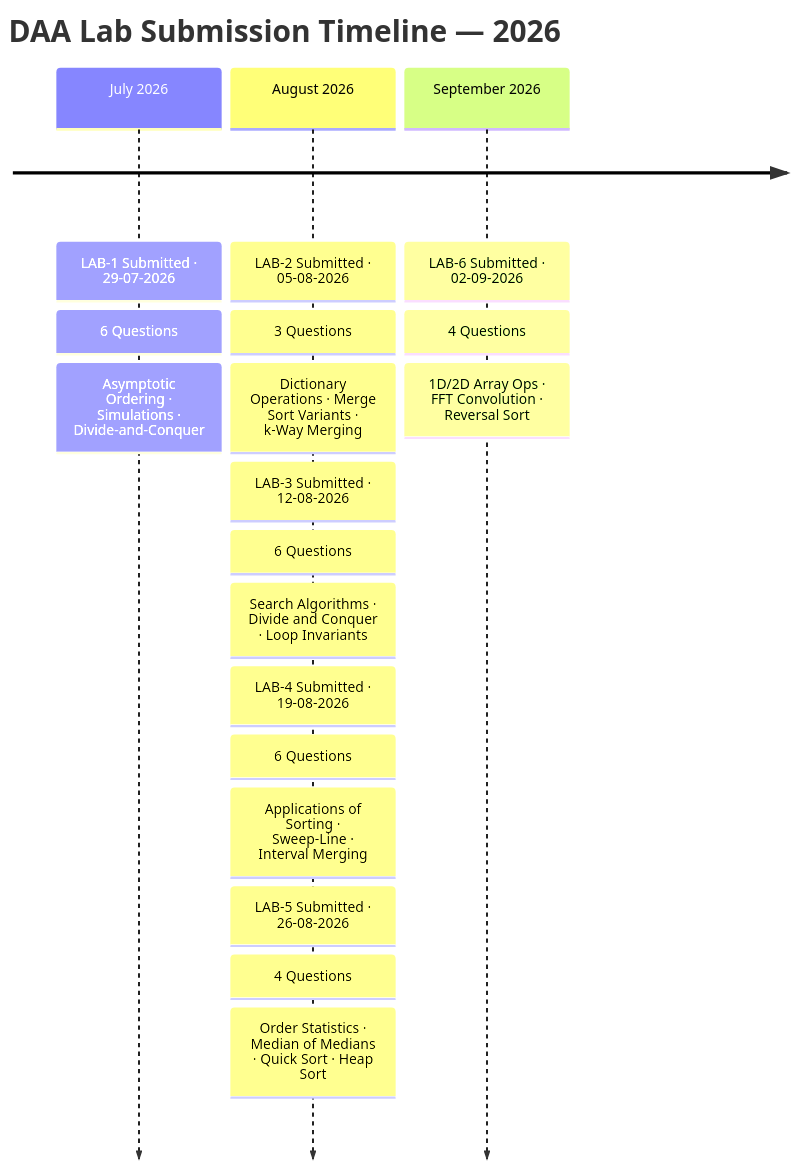
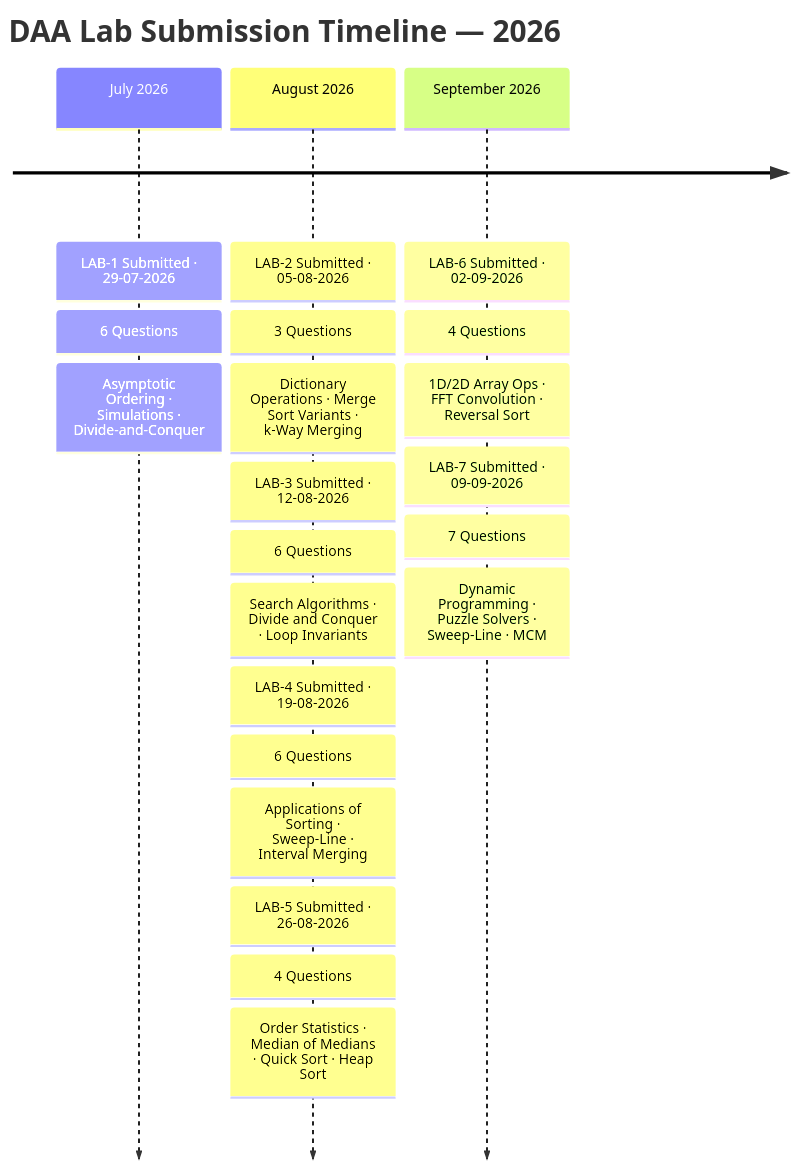
Before and after one commit to Asit-Kumar-Mohapatra/Design-and-Analysis-of-Algorithm-DAA-Assignments-2026: the first of 12 diagrams in README.md, drawn with Mermaid. The commit also changed other lines of this file, not shown here.

````diff
--- a/README.md
+++ b/README.md
@@ -107,22 +115,25 @@
 ```mermaid
 timeline
     title  DAA Lab Submission Timeline — 2026
     July 2026   : LAB-1 Submitted  ·  29-07-2026
                 : 6 Questions
                 : Asymptotic Ordering · Simulations · Divide-and-Conquer
     August 2026 : LAB-2 Submitted  ·  05-08-2026
                 : 3 Questions
                 : Dictionary Operations · Merge Sort Variants · k-Way Merging
                 : LAB-3 Submitted  ·  12-08-2026
                 : 6 Questions
                 : Search Algorithms · Divide and Conquer · Loop Invariants
                 : LAB-4 Submitted  ·  19-08-2026
                 : 6 Questions
                 : Applications of Sorting · Sweep-Line · Interval Merging
                 : LAB-5 Submitted  ·  26-08-2026
                 : 4 Questions
                 : Order Statistics · Median of Medians · Quick Sort · Heap Sort
     September 2026 : LAB-6 Submitted  ·  02-09-2026
                    : 4 Questions
                    : 1D/2D Array Ops · FFT Convolution · Reversal Sort
+                   : LAB-7 Submitted  ·  09-09-2026
+                   : 7 Questions
+                   : Dynamic Programming · Puzzle Solvers · Sweep-Line · MCM
 ```
````
